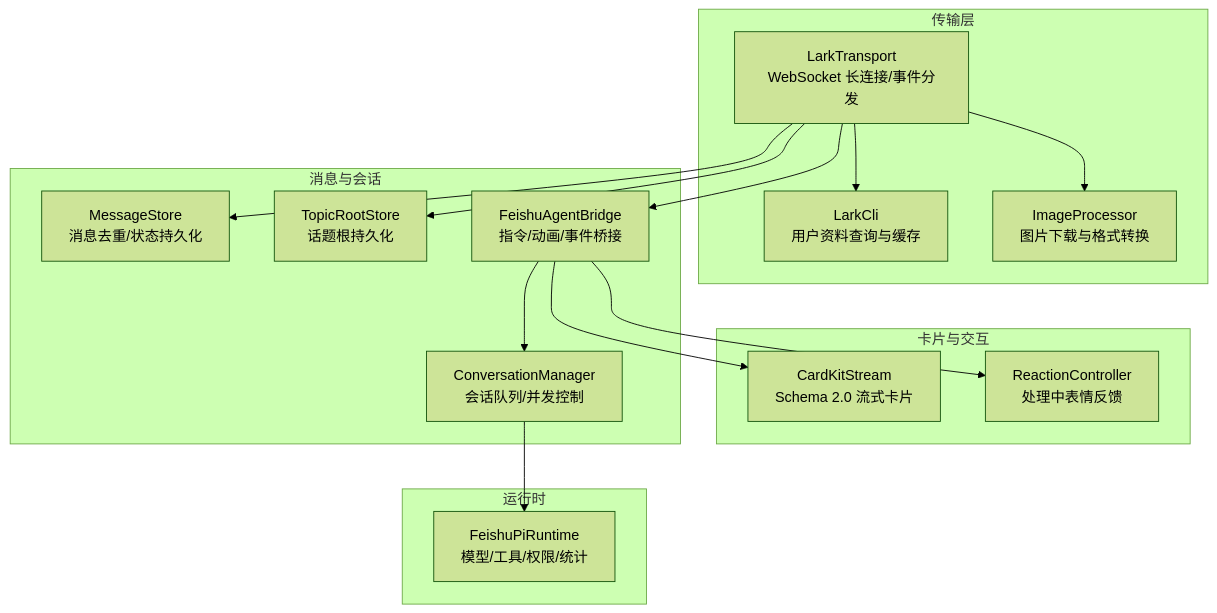
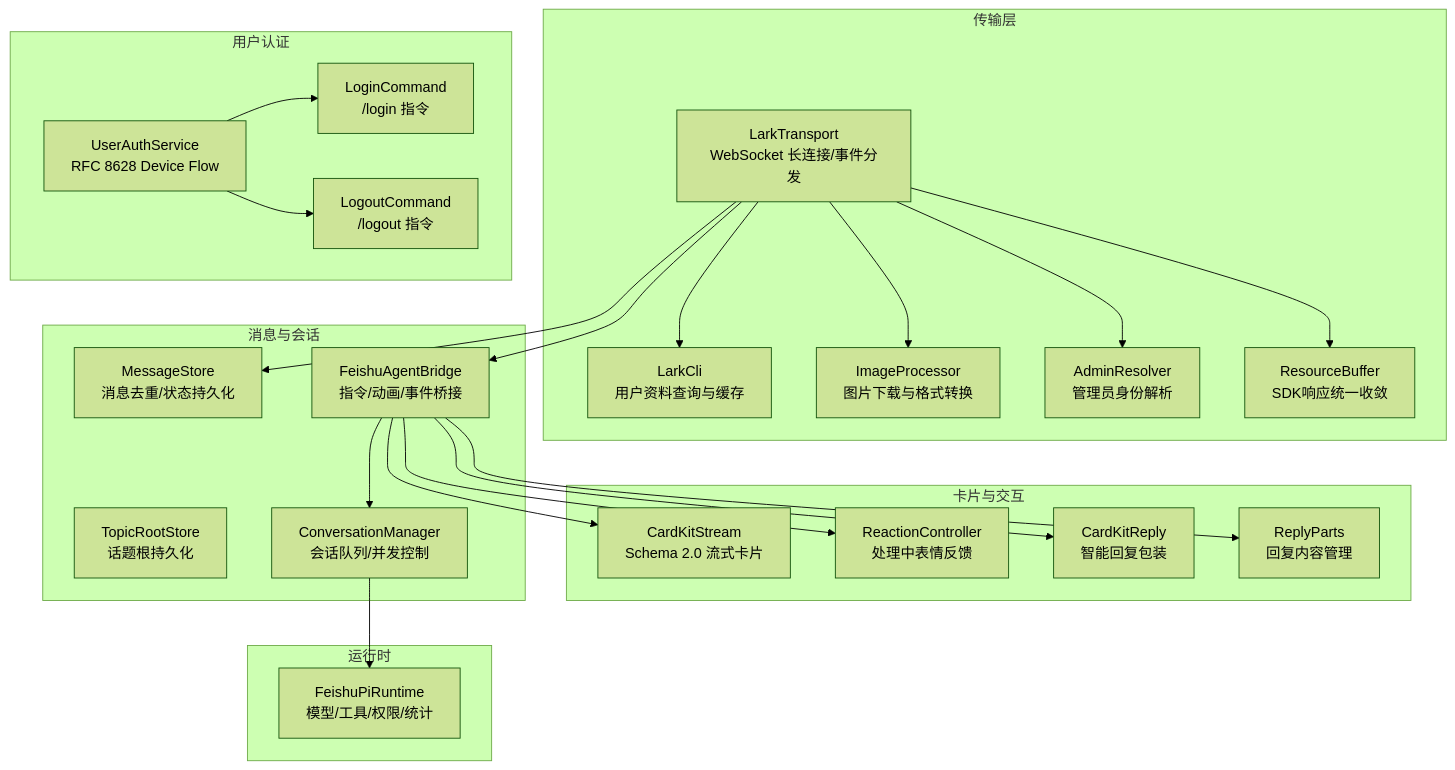
One commit to HeXiaoShu520/feishu-pi changed the first of 11 diagrams in .qoder/repowiki/zh/content/飞书集成/飞书集成.md. Above: the diagram before and after it, drawn with Mermaid (forest theme). The commit also changed other lines of this file and 47 other files, not shown here.

````diff
--- a/.qoder/repowiki/zh/content/飞书集成/飞书集成.md
+++ b/.qoder/repowiki/zh/content/飞书集成/飞书集成.md
@@ -43,30 +63,44 @@
 ```mermaid
 graph TB
 subgraph "传输层"
 T["LarkTransport<br/>WebSocket 长连接/事件分发"]
 C["LarkCli<br/>用户资料查询与缓存"]
 I["ImageProcessor<br/>图片下载与格式转换"]
+AR["AdminResolver<br/>管理员身份解析"]
+RB["ResourceBuffer<br/>SDK响应统一收敛"]
+end
+subgraph "用户认证"
+UA["UserAuthService<br/>RFC 8628 Device Flow"]
+LC["LoginCommand<br/>/login 指令"]
+LO["LogoutCommand<br/>/logout 指令"]
 end
 subgraph "卡片与交互"
 S["CardKitStream<br/>Schema 2.0 流式卡片"]
 R["ReactionController<br/>处理中表情反馈"]
+CR["CardKitReply<br/>智能回复包装"]
+RP["ReplyParts<br/>回复内容管理"]
 end
 subgraph "消息与会话"
 M["MessageStore<br/>消息去重/状态持久化"]
 TR["TopicRootStore<br/>话题根持久化"]
 B["FeishuAgentBridge<br/>指令/动画/事件桥接"]
 CM["ConversationManager<br/>会话队列/并发控制"]
 end
 subgraph "运行时"
 RT["FeishuPiRuntime<br/>模型/工具/权限/统计"]
 end
 T --> B
 T --> M
 T --> I
 T --> C
-T --> TR
+T --> AR
+T --> RB
+UA --> LC
+UA --> LO
 B --> S
 B --> R
+B --> CR
+B --> RP
 B --> CM
 CM --> RT
 ```
````
